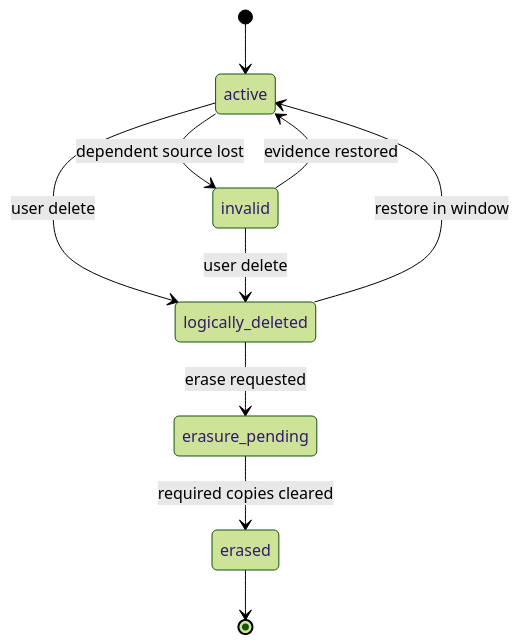
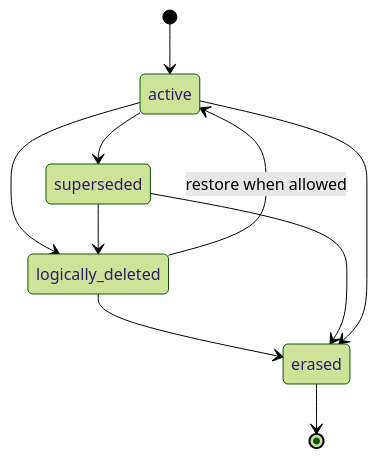
Before and after one commit to wzw57/OpenShadow: the third of 6 diagrams in docs/state-machines.md, drawn with Mermaid (forest theme). The commit also changed other lines of this file, not shown here.

```diff
--- a/docs/state-machines.md
+++ b/docs/state-machines.md
@@ -101,12 +103,12 @@
 ~~~mermaid
 stateDiagram-v2
     [*] --> active
-    active --> invalid: dependent source lost
-    invalid --> active: evidence restored
-    active --> logically_deleted: user delete
-    invalid --> logically_deleted: user delete
-    logically_deleted --> active: restore in window
-    logically_deleted --> erasure_pending: erase requested
-    erasure_pending --> erased: required copies cleared
+    active --> superseded
+    active --> logically_deleted
+    superseded --> logically_deleted
+    logically_deleted --> active: restore when allowed
+    logically_deleted --> erased
+    superseded --> erased
+    active --> erased
     erased --> [*]
 ~~~
```
